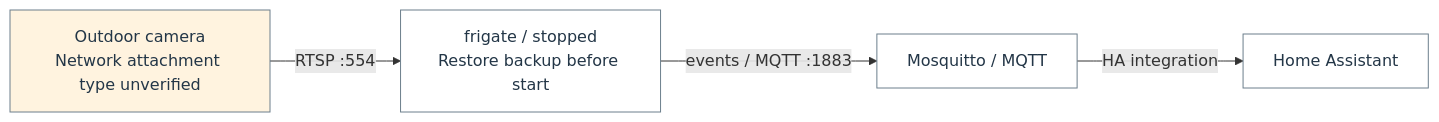
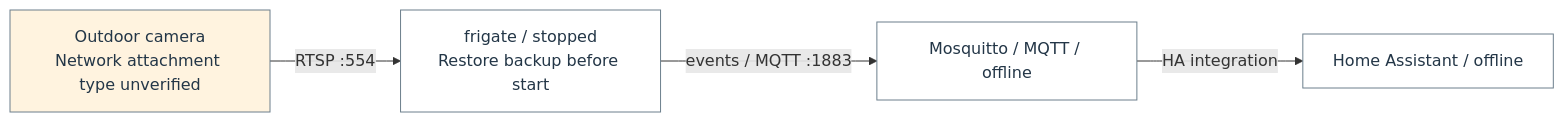
One commit to Harsh-2002/Homelab changed the second of 22 diagrams in docs/architecture/homelab-mermaid.md. Above: the diagram before and after it, drawn with Mermaid. The commit also changed other lines of this file and 38 other files, not shown here.

````diff
--- a/docs/architecture/homelab-mermaid.md
+++ b/docs/architecture/homelab-mermaid.md
@@ -298,14 +298,14 @@
 ```mermaid
 flowchart LR
   n_flow_0_0["Outdoor camera<br/>Network attachment type unverified"]
   n_flow_0_1["frigate / stopped<br/>Restore backup before start"]
-  n_flow_0_2["Mosquitto / MQTT"]
-  n_flow_0_3["Home Assistant"]
+  n_flow_0_2["Mosquitto / MQTT / offline"]
+  n_flow_0_3["Home Assistant / offline"]
   n_flow_0_0 -->|"RTSP :554"| n_flow_0_1
   n_flow_0_1 -->|"events / MQTT :1883"| n_flow_0_2
   n_flow_0_2 -->|"HA integration"| n_flow_0_3
   classDef c_flow_0_0 fill:#fff3df,stroke:#6c7f8c,color:#233647;
   class n_flow_0_0 c_flow_0_0;
   classDef c_flow_0_1 fill:#ffffff,stroke:#6c7f8c,color:#233647;
   class n_flow_0_1,n_flow_0_2,n_flow_0_3 c_flow_0_1;
 ```
````
